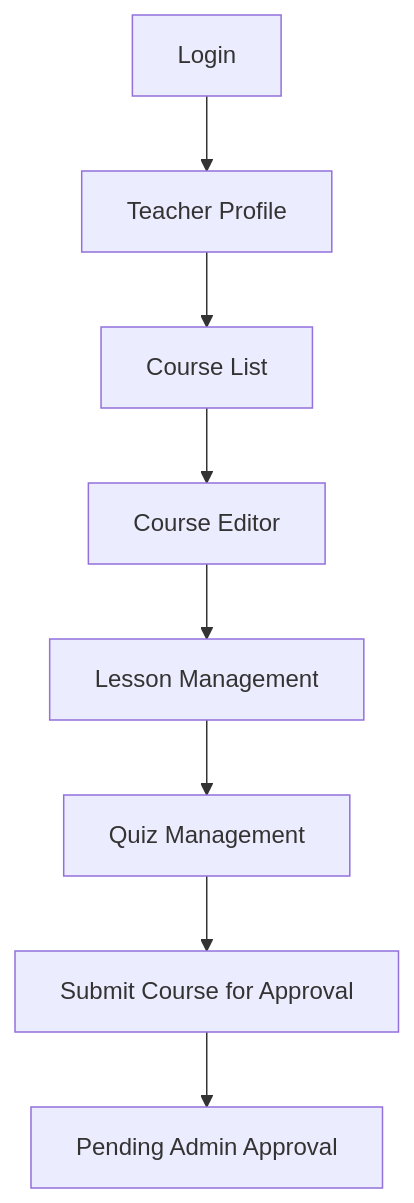
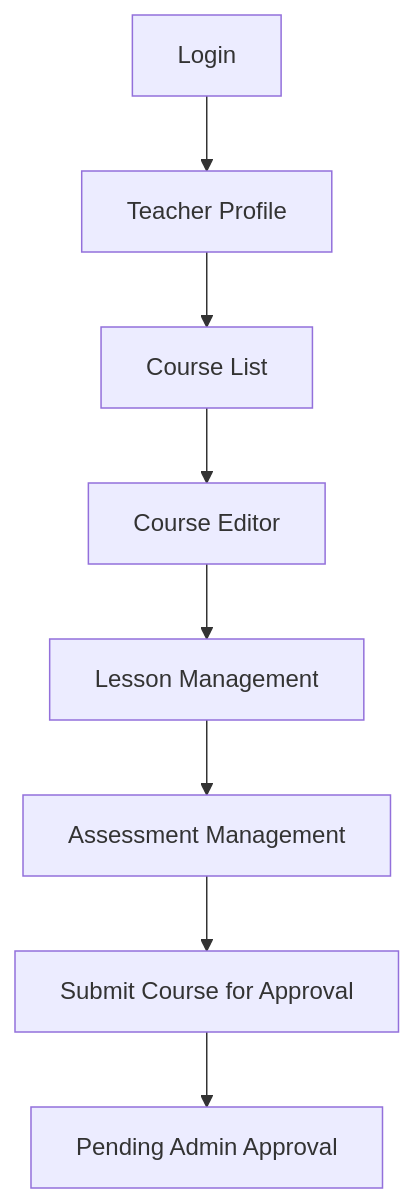
One commit to AntoniusAtefGhaly/elearning-po-system-design changed the third of 4 diagrams in Elearning-Website-Documentation/Optional-Documents/12-ui-flow-map.md. Above: the diagram before and after it, drawn with Mermaid. The commit also changed other lines of this file and 53 other files, not shown here.

Commit message:
Update e-learning module architecture docs

````diff
--- a/Elearning-Website-Documentation/Optional-Documents/12-ui-flow-map.md
+++ b/Elearning-Website-Documentation/Optional-Documents/12-ui-flow-map.md
@@ -40,10 +40,10 @@
 ```mermaid
 flowchart TD
     Login["Login"] --> Profile["Teacher Profile"]
     Profile --> CourseList["Course List"]
     CourseList --> Editor["Course Editor"]
     Editor --> Lessons["Lesson Management"]
-    Lessons --> Quiz["Quiz Management"]
-    Quiz --> Submit["Submit Course for Approval"]
+    Lessons --> Assessment["Assessment Management"]
+    Assessment --> Submit["Submit Course for Approval"]
     Submit --> Pending["Pending Admin Approval"]
 ```
````
